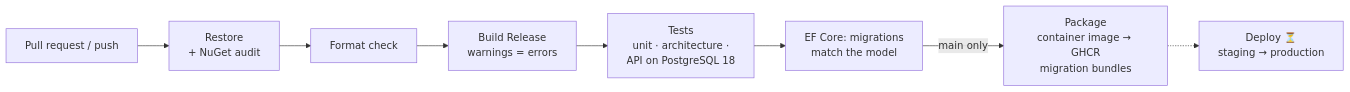
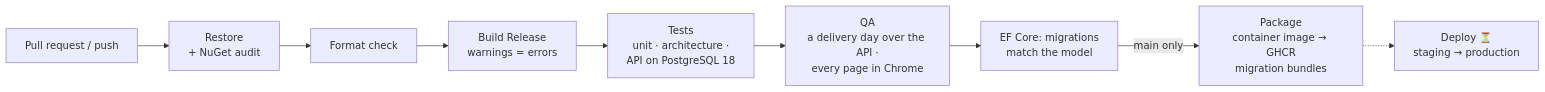
One commit to Haix02/logistico-software changed the diagram in docs/11-ci-cd-and-devops.md. Above: the diagram before and after it, drawn with Mermaid. The commit also changed other lines of this file and 77 other files, not shown here.

````diff
--- a/docs/11-ci-cd-and-devops.md
+++ b/docs/11-ci-cd-and-devops.md
@@ -16,10 +16,11 @@
 ```mermaid
 flowchart LR
     PR[Pull request / push] --> R[Restore<br/>+ NuGet audit]
     R --> F[Format check]
     F --> B[Build Release<br/>warnings = errors]
     B --> T[Tests<br/>unit · architecture ·<br/>API on PostgreSQL 18]
-    T --> M[EF Core: migrations<br/>match the model]
+    T --> Q[QA<br/>a delivery day over the API ·<br/>every page in Chrome]
+    Q --> M[EF Core: migrations<br/>match the model]
     M -->|main only| P[Package<br/>container image → GHCR<br/>migration bundles]
     P -.-> D[Deploy ⏳<br/>staging → production]
 ```
````
